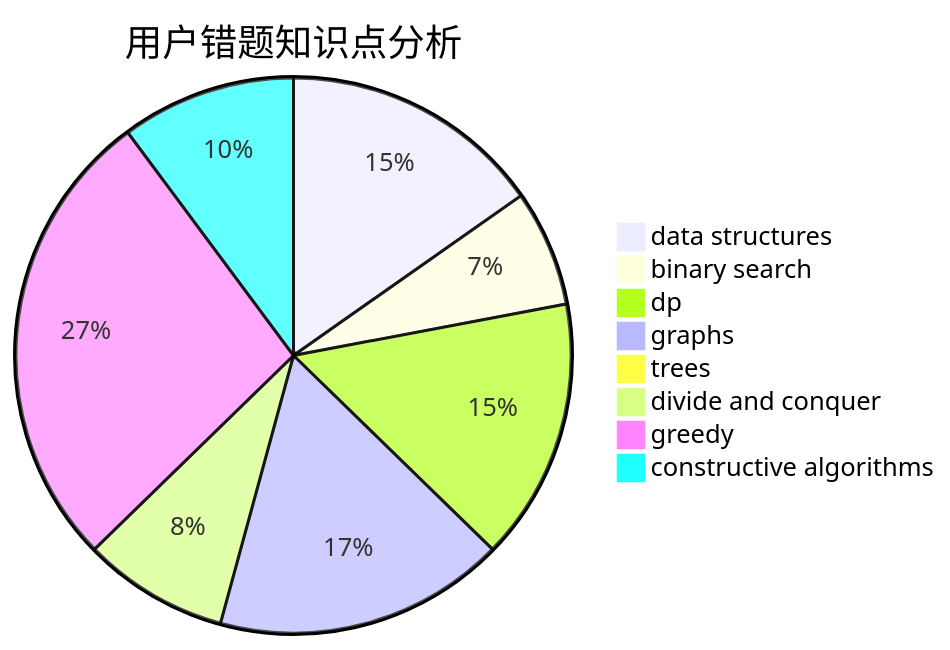
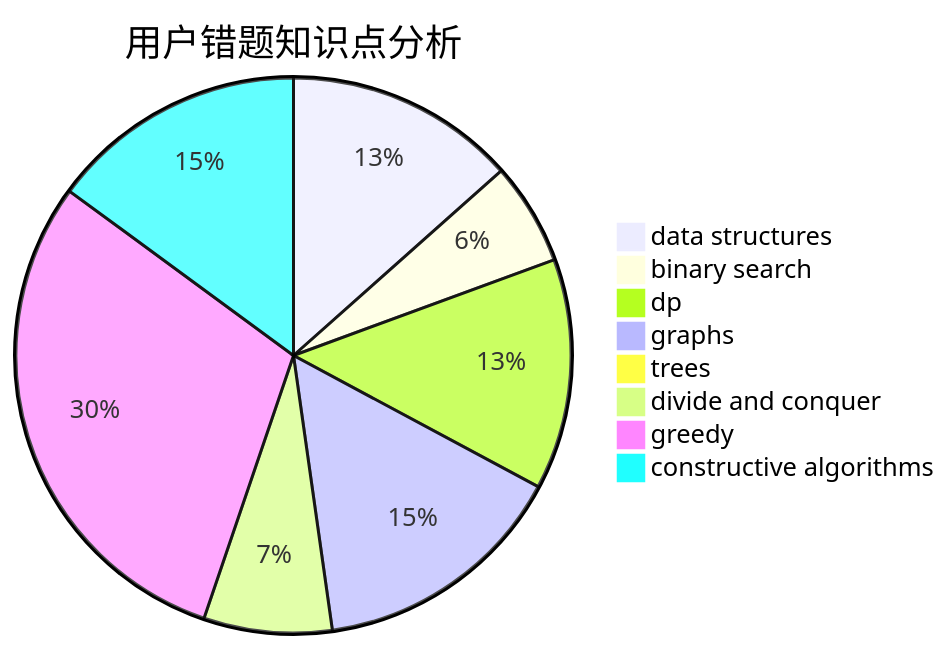
Before and after one commit to sherpahu/cfrs.github.io: the third of 3 diagrams in docs/user/u1426.md, drawn with Mermaid. The commit also changed other lines of this file and 2770 other files, not shown here.

````diff
--- a/docs/user/u1426.md
+++ b/docs/user/u1426.md
@@ -36,11 +36,11 @@
 ```mermaid
 pie title 用户错题知识点分析
     "data structures" :  9
     "binary search" :  4
     "dp" :  9
     "graphs" :  10
     "trees" :  0
     "divide and conquer" :  5
-    "greedy" :  16
-    "constructive algorithms" :  6
+    "greedy" :  20
+    "constructive algorithms" :  10
 ```
````
